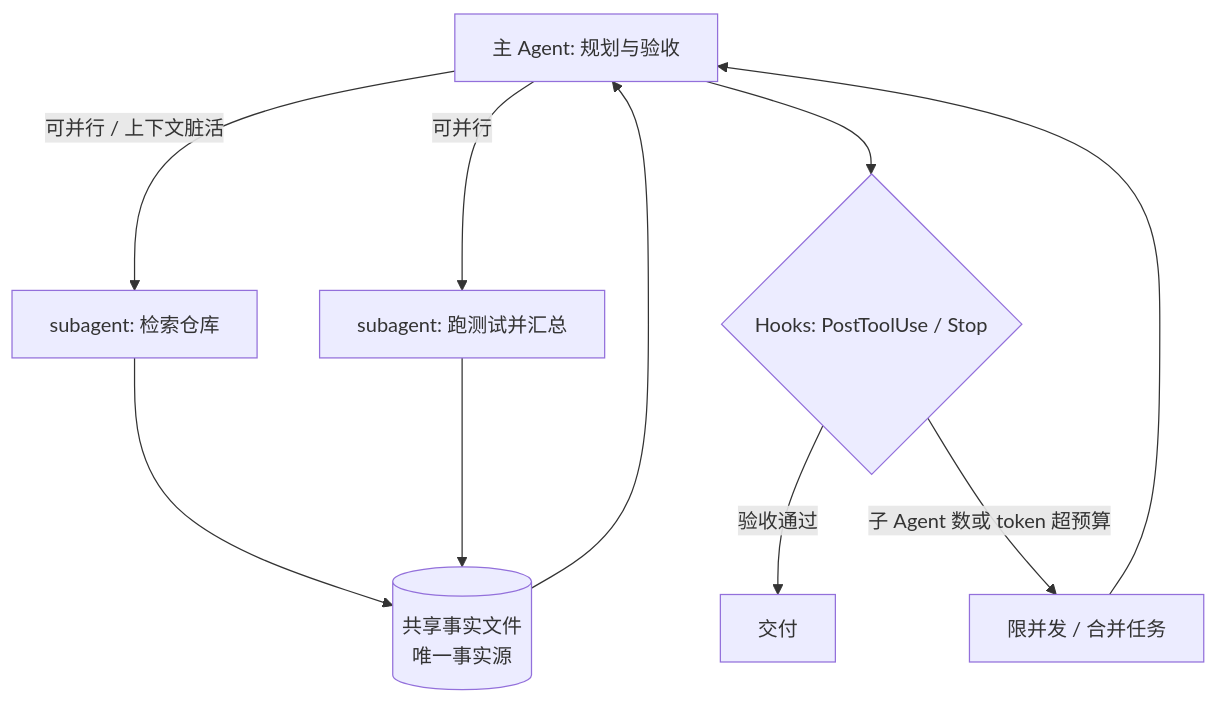
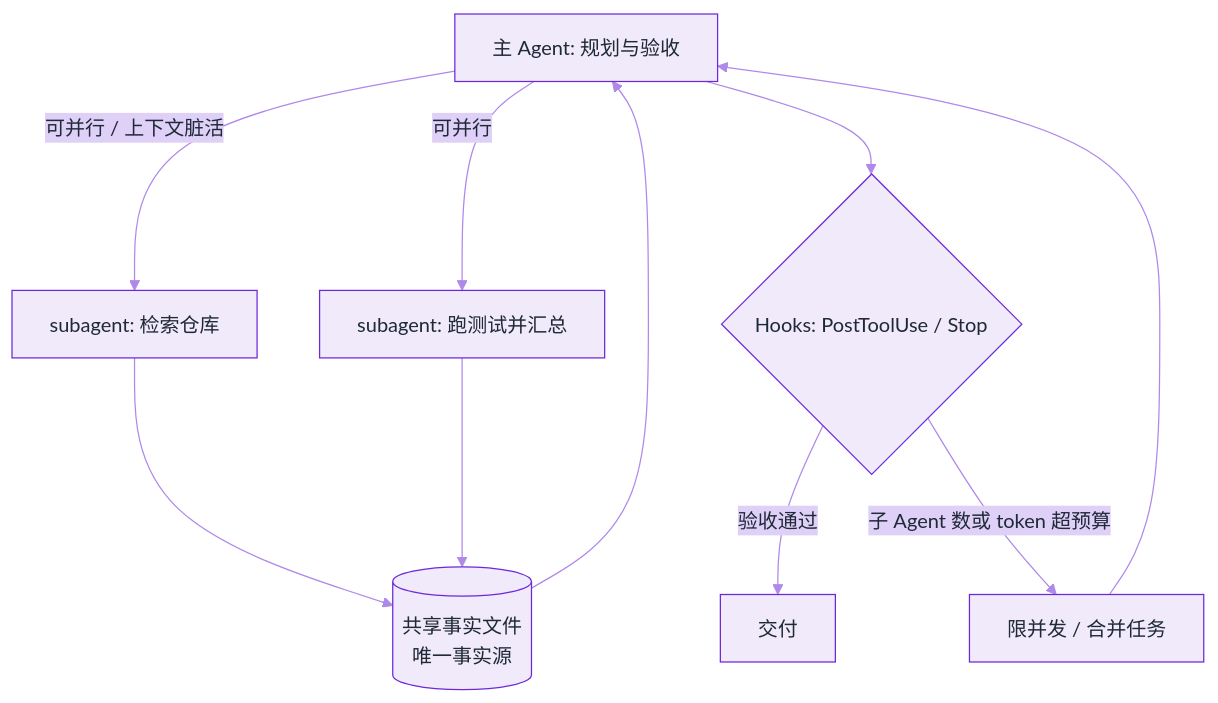
The second of 2 diagrams in docs/18-frontier-2026/claude-agent-sdk.md (funny8kids/ai-agent-handbook), drawn with Mermaid before and after one commit. The commit also changed other lines of this file and 144 other files, not shown here.

First line of the commit message:
Theme all 154 Mermaid diagrams with per-chapter colors via %%{init}%% directives

````diff
--- a/docs/18-frontier-2026/claude-agent-sdk.md
+++ b/docs/18-frontier-2026/claude-agent-sdk.md
@@ -87,12 +88,13 @@
 ```mermaid
+%%{init: {"theme":"base","themeVariables":{"primaryColor":"#F0EAFB","primaryBorderColor":"#6D28D9","primaryTextColor":"#1F2937","secondaryColor":"#DFD0F7","tertiaryColor":"#F9F6FD","lineColor":"#AF89EA","actorBkg":"#F3EEFC","actorBorder":"#6D28D9","actorTextColor":"#1F2937","signalColor":"#9969E4","noteBkgColor":"#E5D8F8","noteBorderColor":"#6D28D9","noteTextColor":"#1F2937","labelBoxBkgColor":"#F0EAFB","labelBoxBorderColor":"#6D28D9"}}}%%
 flowchart TB
   M[主 Agent: 规划与验收] -- 可并行 / 上下文脏活 --> S1[subagent: 检索仓库]
   M -- 可并行 --> S2[subagent: 跑测试并汇总]
   S1 --> F[(共享事实文件<br/>唯一事实源)]
   S2 --> F
   F --> M
   M --> H{Hooks: PostToolUse / Stop}
   H -- 验收通过 --> D[交付]
   H -- 子 Agent 数或 token 超预算 --> C[限并发 / 合并任务]
   C --> M
 ```
````
